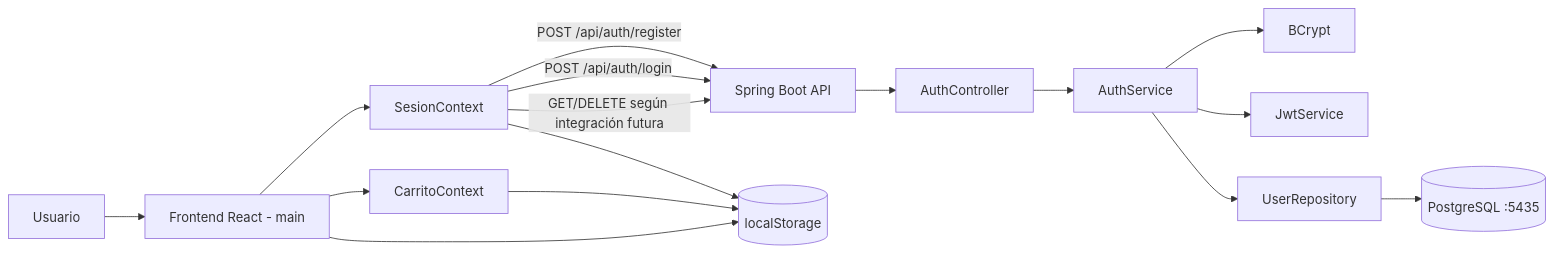
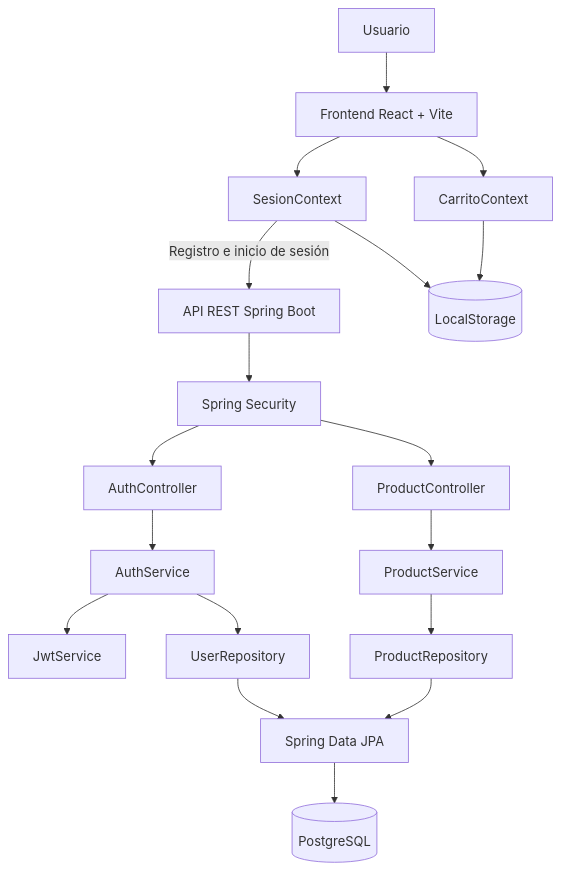
Before and after one commit to axbrogi23/AkumaTech_SpringBoot: the diagram in README.md, drawn with Mermaid. The commit also changed other lines of this file, not shown here.

````diff
--- a/README.md
+++ b/README.md
@@ -57,21 +120,28 @@
 ```mermaid
-flowchart LR
-    Usuario[Usuario] --> React[Frontend React - main]
-    React --> Sesion[SesionContext]
-    React --> Carrito[CarritoContext]
+flowchart TD
+    U[Usuario] --> F[Frontend React + Vite]
 
-    Sesion -->|POST /api/auth/register| API[Spring Boot API]
-    Sesion -->|POST /api/auth/login| API
-    Sesion -->|GET/DELETE según integración futura| API
+    F --> SC[SesionContext]
+    F --> CC[CarritoContext]
 
-    API --> AuthController[AuthController]
-    AuthController --> AuthService[AuthService]
-    AuthService --> Password[BCrypt]
-    AuthService --> Jwt[JwtService]
-    AuthService --> Repository[UserRepository]
-    Repository --> PostgreSQL[(PostgreSQL :5435)]
+    SC -->|Registro e inicio de sesión| API[API REST Spring Boot]
 
-    Carrito --> Storage[(localStorage)]
-    Sesion --> Storage
-    React --> Storage
+    API --> SEC[Spring Security]
+    SEC --> AC[AuthController]
+    SEC --> PC[ProductController]
+
+    AC --> AS[AuthService]
+    PC --> PS[ProductService]
+
+    AS --> JWT[JwtService]
+    AS --> UR[UserRepository]
+    PS --> PR[ProductRepository]
+
+    UR --> JPA[Spring Data JPA]
+    PR --> JPA
+
+    JPA --> DB[(PostgreSQL)]
+
+    CC --> LS[(LocalStorage)]
+    SC --> LS
 ```
````
